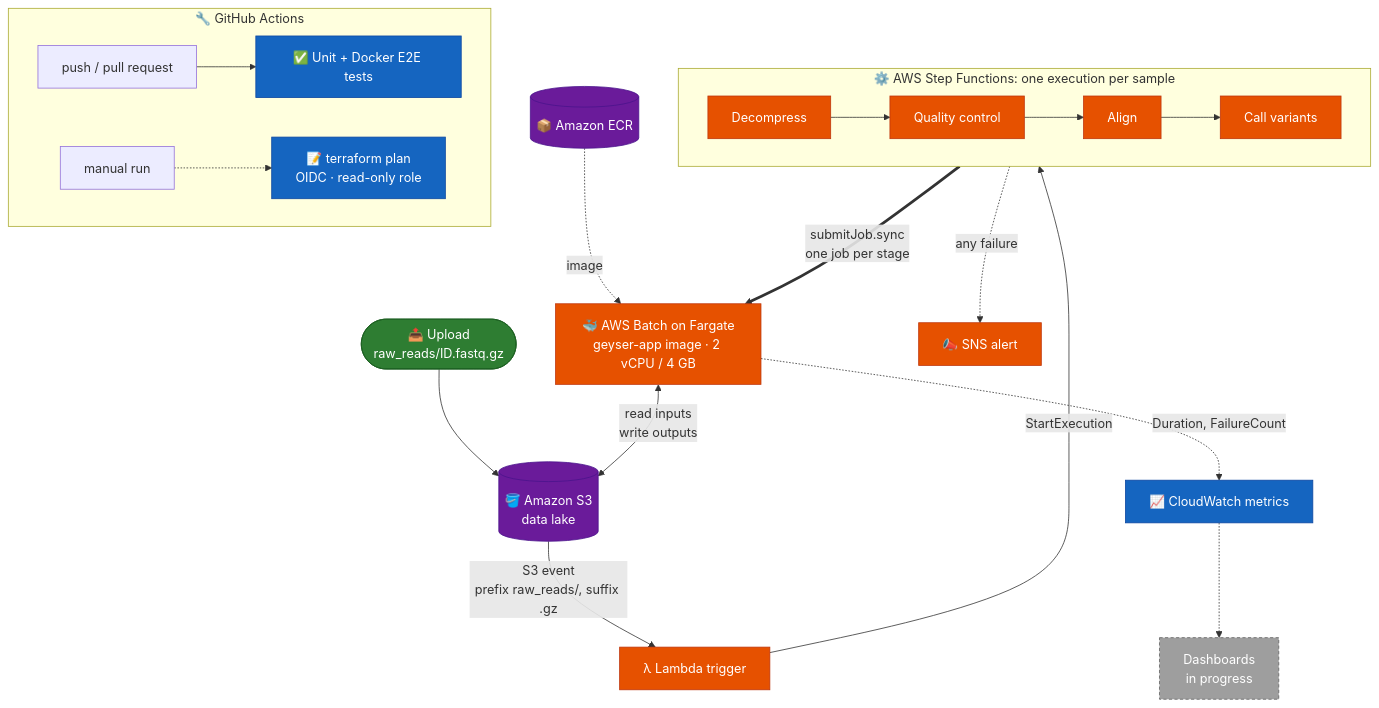
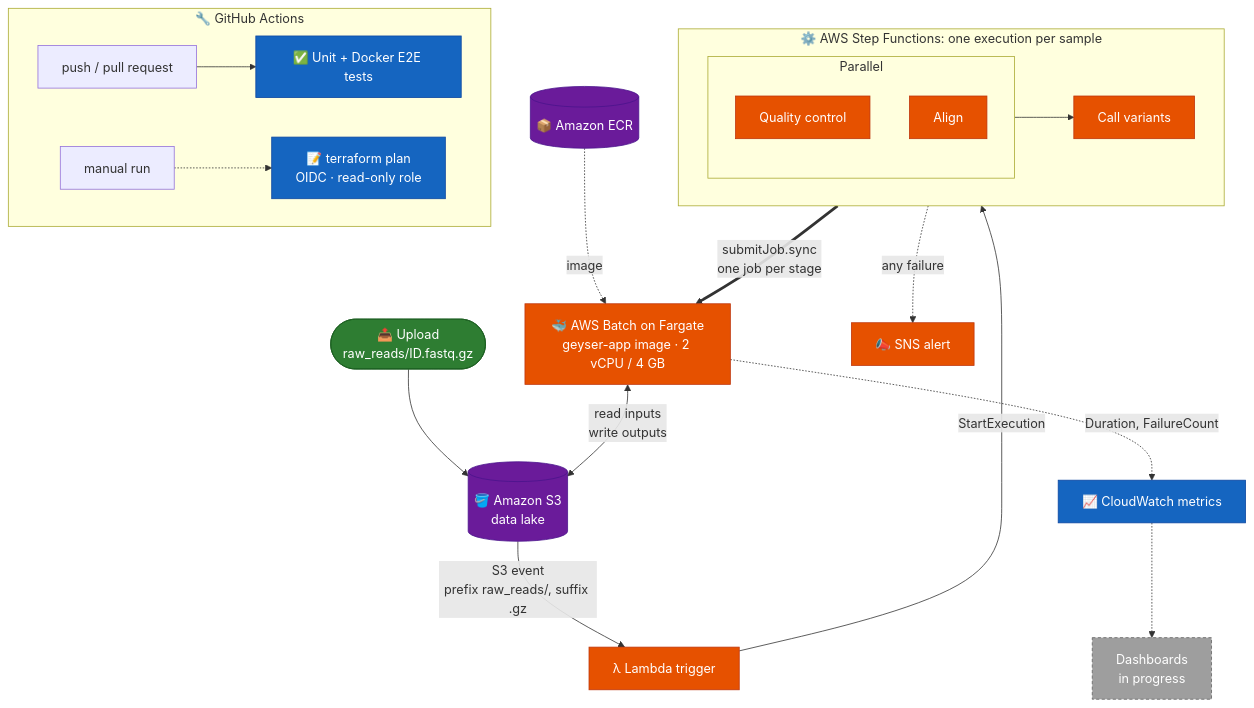
The second of 3 diagrams in README.md (Harry5haw/Geyser-Genomics), drawn with Mermaid before and after one commit. The commit also changed other lines of this file and 2 other files, not shown here.

Commit message:
README: three-stage state machine and its Step Functions Local test

````diff
--- a/README.md
+++ b/README.md
@@ -219,35 +219,40 @@
 ```mermaid
 flowchart TB
     U(["📤 Upload<br/>raw_reads/ID.fastq.gz"]) --> S3[("🪣 Amazon S3<br/>data lake")]
     S3 -->|"S3 event<br/>prefix raw_reads/, suffix .gz"| L["λ Lambda trigger"]
-    L -->|"StartExecution"| SF1
+    L -->|"StartExecution"| SFN
 
     subgraph SFN ["⚙️ AWS Step Functions: one execution per sample"]
         direction LR
-        SF1["Decompress"] --> SF2["Quality control"] --> SF3["Align"] --> SF4["Call variants"]
+        subgraph PAR ["Parallel"]
+            direction TB
+            SF1["Quality control"]
+            SF2["Align"]
+        end
+        PAR --> SF3["Call variants"]
     end
 
     SFN ==>|"submitJob.sync<br/>one job per stage"| BATCH["🐳 AWS Batch on Fargate<br/>geyser-app image · 2 vCPU / 4 GB"]
     ECR[("📦 Amazon ECR")] -.->|"image"| BATCH
     BATCH <-->|"read inputs<br/>write outputs"| S3
     SFN -.->|"any failure"| SNS["📣 SNS alert"]
     BATCH -.->|"Duration, FailureCount"| CW["📈 CloudWatch metrics"]
     CW -.-> DASH["Dashboards<br/>in progress"]
 
     subgraph GHA ["🔧 GitHub Actions"]
         direction LR
         PUSH["push / pull request"] --> TESTS["✅ Unit + Docker E2E tests"]
         MAN["manual run"] -.-> PLAN["📝 terraform plan<br/>OIDC · read-only role"]
     end
 
     classDef user fill:#2E7D32,stroke:#1B5E20,color:#fff
     classDef store fill:#6A1B9A,stroke:#4A148C,color:#fff
     classDef aws fill:#E65100,stroke:#BF360C,color:#fff
     classDef obs fill:#1565C0,stroke:#0D47A1,color:#fff
     classDef pending fill:#9E9E9E,stroke:#616161,color:#fff,stroke-dasharray: 4 3
     class U user
     class S3,ECR store
     class L,SF1,SF2,SF3,SF4,BATCH,SNS aws
     class CW,TESTS,PLAN obs
     class DASH pending
 ```
````
